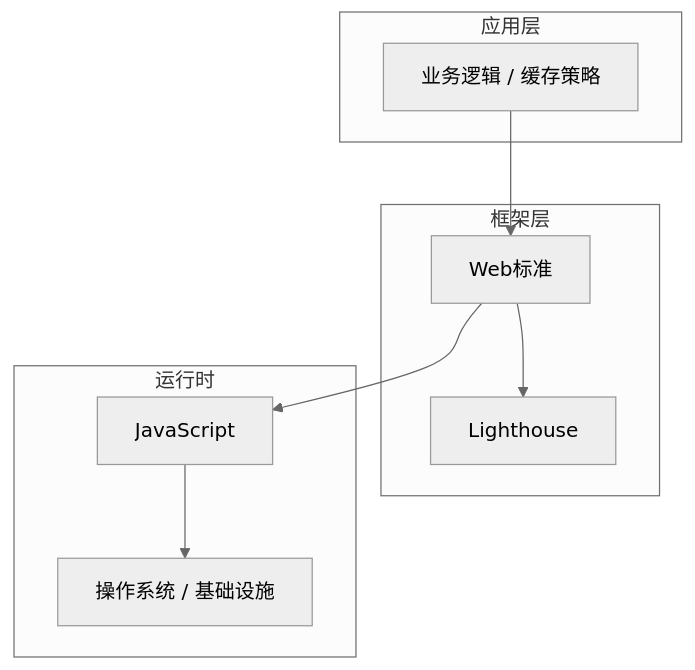
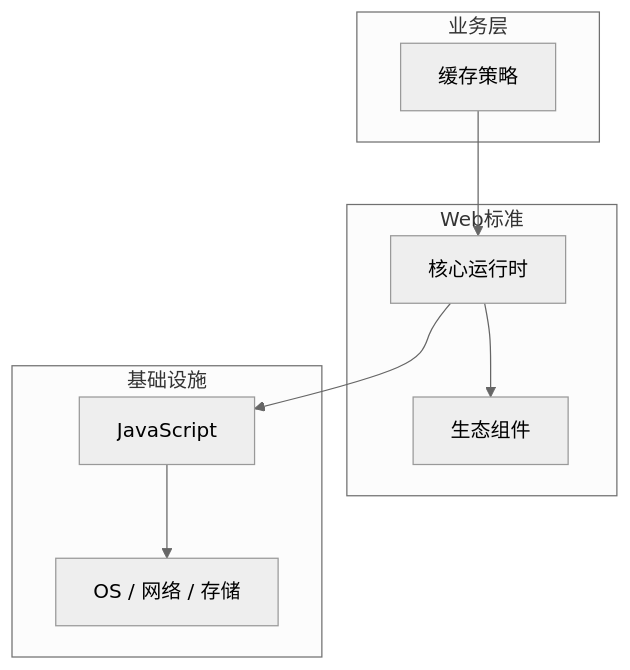
Before and after one commit to yanggan2015/knowledge-json-v2: the diagram in articles/Web性能优化/chapters/055-缓存策略核心概念与原理.md, drawn with Mermaid (neutral theme). The commit also changed other lines of this file and 10127 other files, not shown here.

````diff
--- a/articles/Web性能优化/chapters/055-缓存策略核心概念与原理.md
+++ b/articles/Web性能优化/chapters/055-缓存策略核心概念与原理.md
@@ -45,18 +34,18 @@
 ```mermaid
 graph TB
-    subgraph 应用层
-        A[业务逻辑 / 缓存策略]
+    subgraph 业务层
+        A[缓存策略]
     end
-    subgraph 框架层
-        B[Web标准]
-        C[Lighthouse]
+    subgraph Web标准
+        B[核心运行时]
+        C[生态组件]
     end
-    subgraph 运行时
+    subgraph 基础设施
         D[JavaScript]
-        E[操作系统 / 基础设施]
+        E[OS / 网络 / 存储]
     end
     A --> B
     B --> C
     B --> D
     D --> E
 ```
````
